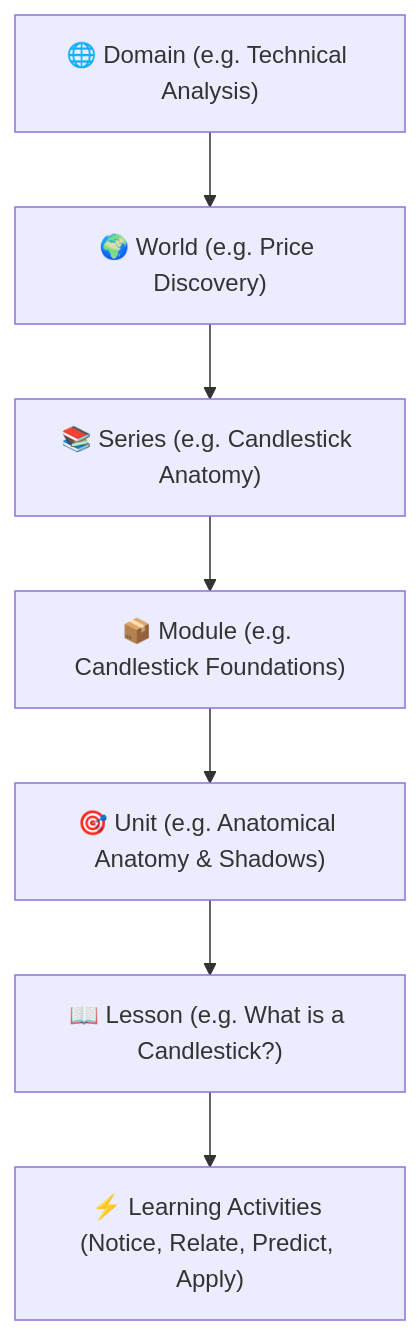
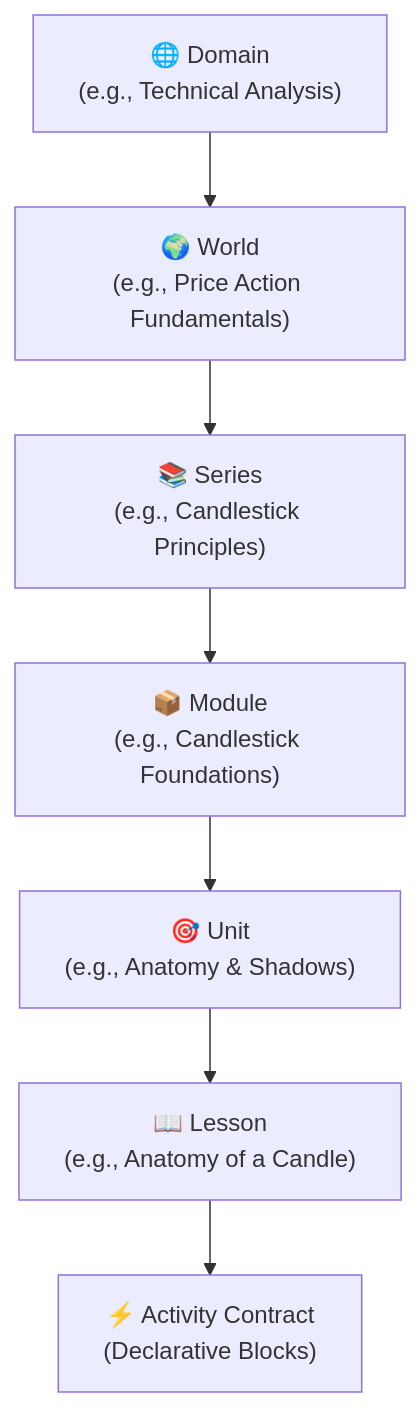
The second of 5 diagrams in SENTINEWS_LEARN_AZ_PROJECT_REPORT.md (sunnyvelaga12/SentiNews-finlearn), drawn with Mermaid before and after one commit. The commit also changed other lines of this file, not shown here.

Commit message:
docs: reconcile canonical architecture v2.1 (reconcile P0 gaps, zero-network preview, mastery invariants, 6-tier status)

````diff
--- a/SENTINEWS_LEARN_AZ_PROJECT_REPORT.md
+++ b/SENTINEWS_LEARN_AZ_PROJECT_REPORT.md
@@ -158,17 +172,17 @@
 ```mermaid
 graph TD
-    Domain["🌐 Domain (e.g. Technical Analysis)"]
-    World["🌍 World (e.g. Price Discovery)"]
-    Series["📚 Series (e.g. Candlestick Anatomy)"]
-    Module["📦 Module (e.g. Candlestick Foundations)"]
-    Unit["🎯 Unit (e.g. Anatomical Anatomy & Shadows)"]
-    Lesson["📖 Lesson (e.g. What is a Candlestick?)"]
-    Activity["⚡ Learning Activities (Notice, Relate, Predict, Apply)"]
+    Domain["🌐 Domain<br/>(e.g., Technical Analysis)"]
+    World["🌍 World<br/>(e.g., Price Action Fundamentals)"]
+    Series["📚 Series<br/>(e.g., Candlestick Principles)"]
+    Module["📦 Module<br/>(e.g., Candlestick Foundations)"]
+    Unit["🎯 Unit<br/>(e.g., Anatomy & Shadows)"]
+    Lesson["📖 Lesson<br/>(e.g., Anatomy of a Candle)"]
+    ActivityContract["⚡ Activity Contract<br/>(Declarative Blocks)"]
 
     Domain --> World
     World --> Series
     Series --> Module
     Module --> Unit
     Unit --> Lesson
-    Lesson --> Activity
+    Lesson --> ActivityContract
 ```
````
